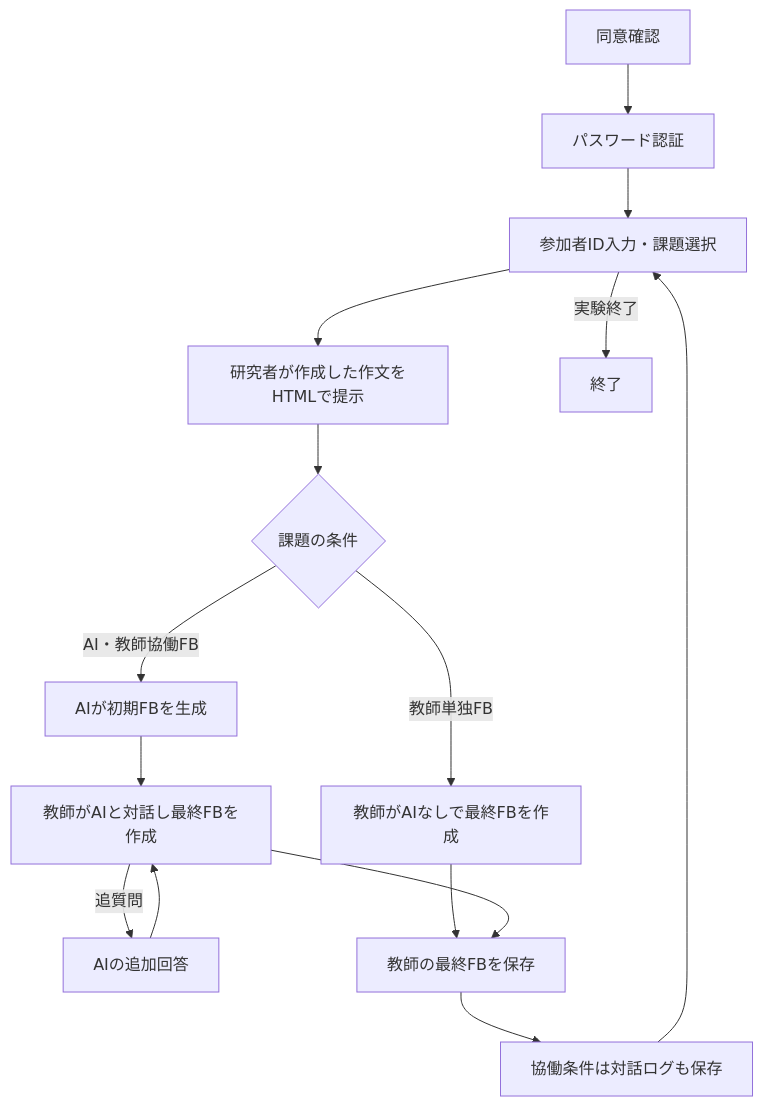
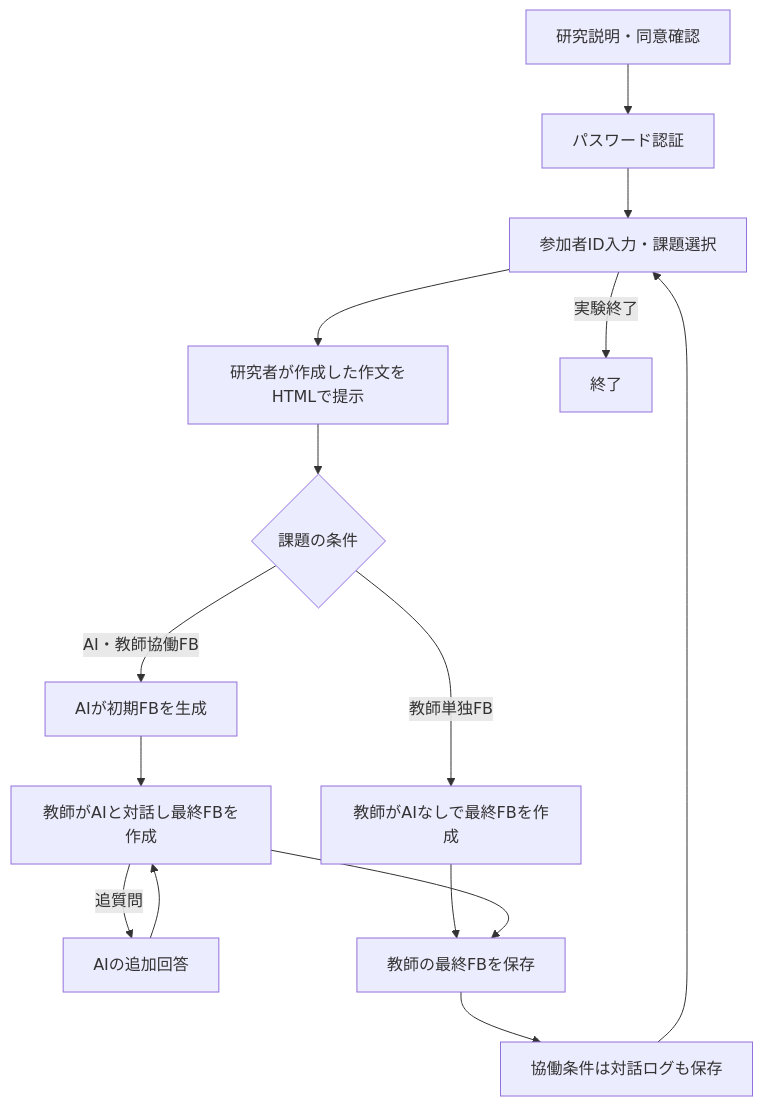
One commit to Yu-kara/FB-experiment changed the diagram in README.md. Above: the diagram before and after it, drawn with Mermaid. The commit also changed other lines of this file, not shown here.

````diff
--- a/README.md
+++ b/README.md
@@ -11,17 +11,17 @@
 ```mermaid
 flowchart TD
-    A[同意確認] --> B[パスワード認証]
+    A[研究説明・同意確認] --> B[パスワード認証]
     B --> C[参加者ID入力・課題選択]
     C --> D[研究者が作成した作文をHTMLで提示]
     D --> E{課題の条件}
     E -->|教師単独FB| F[教師がAIなしで最終FBを作成]
     E -->|AI・教師協働FB| G[AIが初期FBを生成]
     G --> H[教師がAIと対話し最終FBを作成]
     H -->|追質問| G2[AIの追加回答]
     G2 --> H
     F --> I[教師の最終FBを保存]
     H --> I
     I --> J[協働条件は対話ログも保存]
     J --> C
     C -->|実験終了| K[終了]
 ```
````
